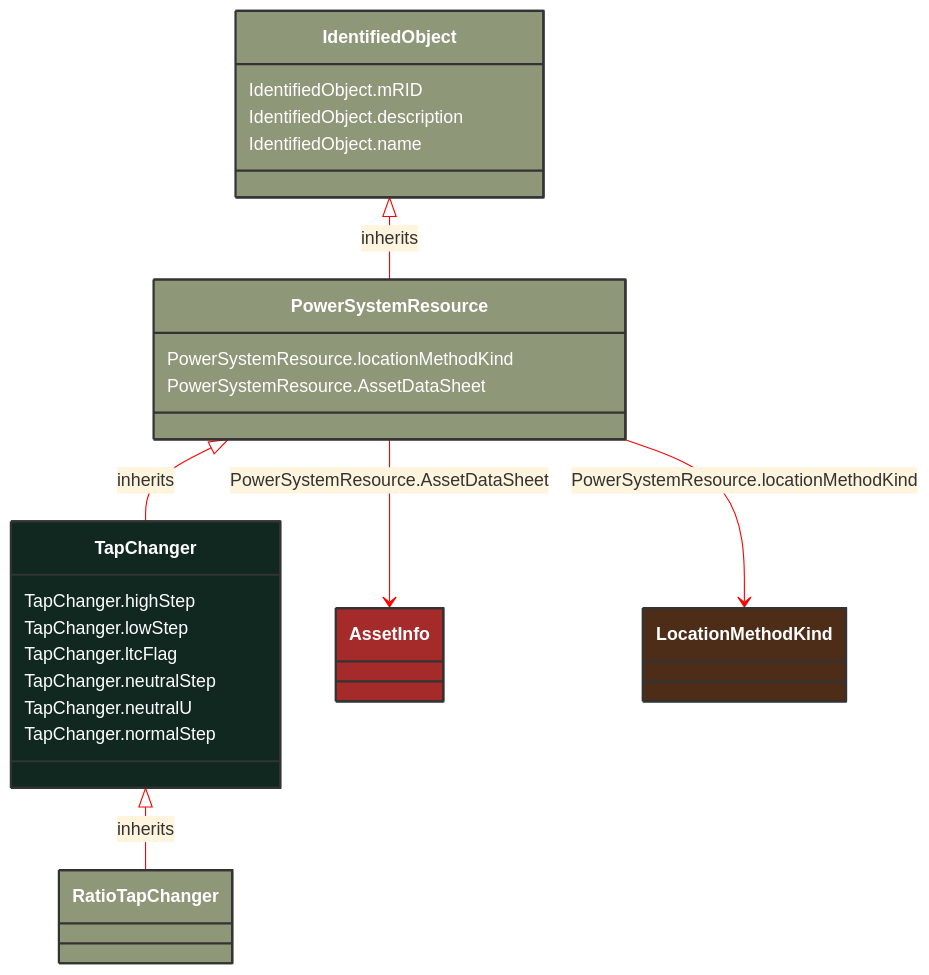
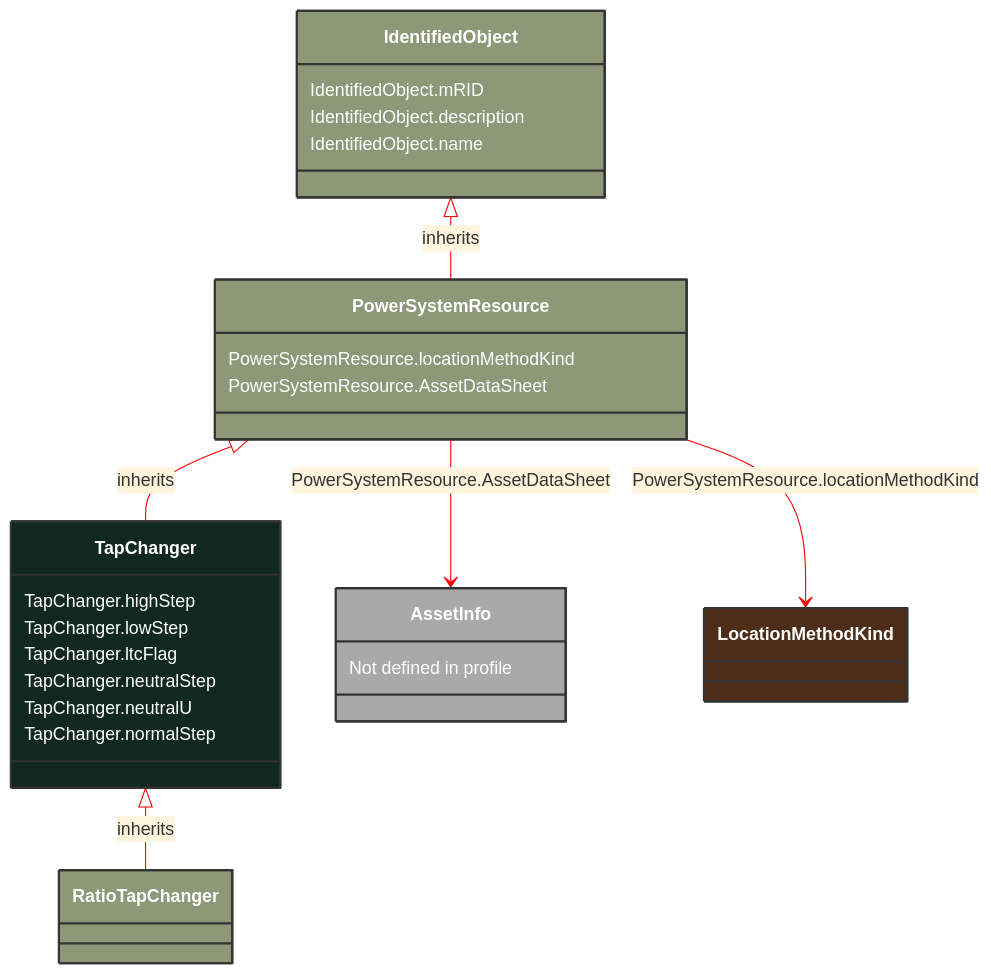
One commit to 3lbits/NoCIMExtensions changed the diagram in docs/Models/Profiles/Telemark-120Equipment/AbstractClasses/TapChanger.md. Above: the diagram before and after it, drawn with Mermaid. The commit also changed 50 other files, not shown here.

Commit message:
Fixed schema

````diff
--- a/docs/Models/Profiles/Telemark-120Equipment/AbstractClasses/TapChanger.md
+++ b/docs/Models/Profiles/Telemark-120Equipment/AbstractClasses/TapChanger.md
@@ -10,45 +10,46 @@
 ```mermaid
 %%{init: {'theme':'base','themeVariables': {'lineColor': '#FF0000'}}}%%
 classDiagram
     class TapChanger
     click TapChanger href "/Models/Profiles/Telemark-120Equipment/AbstractClasses/TapChanger/"
     style TapChanger fill:#102820,stroke:#333,stroke-width:2px,rx:10,ry:10,color:white
 
         TapChanger <|-- RatioTapChanger : inherits
 
         RatioTapChanger
             click RatioTapChanger href "/Models/Profiles/Telemark-120Equipment/ConcreteClasses/RatioTapChanger/"
             style RatioTapChanger fill:#8F9779,stroke:#333,stroke-width:2px,rx:10,ry:10,color:white
      
         PowerSystemResource <|-- TapChanger : inherits
             click PowerSystemResource href "/Models/Profiles/Telemark-120Equipment/AbstractClasses/PowerSystemResource/"
             style PowerSystemResource fill:#8F9779,stroke:#333,stroke-width:2px,rx:10,ry:10,color:white
      
         IdentifiedObject <|-- PowerSystemResource : inherits
             click IdentifiedObject href "/Models/Profiles/Telemark-120Equipment/AbstractClasses/IdentifiedObject/"
             style IdentifiedObject fill:#8F9779,stroke:#333,stroke-width:2px,rx:10,ry:10,color:white
 
         PowerSystemResource --> AssetInfo : PowerSystemResource.AssetDataSheet
 
+        AssetInfo : Not defined in profile
+
         AssetInfo
-            click AssetInfo href "/Models/Profiles/Telemark-120Equipment/ConcreteClasses/AssetInfo/"
-            style AssetInfo fill:#A52A2A,stroke:#333,stroke-width:2px,rx:10,ry:10,color:white
+            style AssetInfo fill:#A9A9A9,stroke:#333,stroke-width:2px,rx:10,ry:10,color:white
 
         PowerSystemResource --> LocationMethodKind : PowerSystemResource.locationMethodKind
 
         LocationMethodKind
             click LocationMethodKind href "/Models/Profiles/Telemark-120Equipment/Enumerations/LocationMethodKind/"
             style LocationMethodKind fill:#4D2D18,stroke:#333,stroke-width:2px,rx:10,ry:10,color:white
 
         TapChanger : TapChanger.highStep
         TapChanger : TapChanger.lowStep
         TapChanger : TapChanger.ltcFlag
         TapChanger : TapChanger.neutralStep
         TapChanger : TapChanger.neutralU
         TapChanger : TapChanger.normalStep
         PowerSystemResource : PowerSystemResource.locationMethodKind
         PowerSystemResource : PowerSystemResource.AssetDataSheet
         IdentifiedObject : IdentifiedObject.mRID
         IdentifiedObject : IdentifiedObject.description
         IdentifiedObject : IdentifiedObject.name
 ```
````
